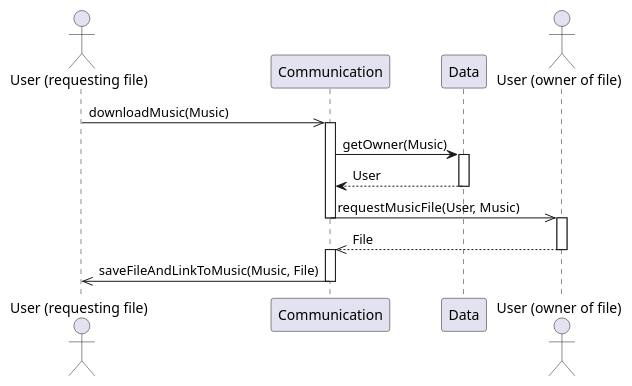
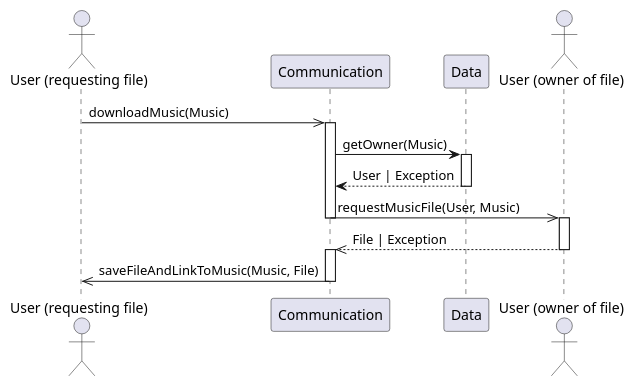
One commit to UTCAI12/Diagrams changed the diagram in sequence/2.2.download_music_server.puml. Above: the diagram before and after it, drawn with PlantUML. The commit also changed 4 other files, not shown here.

```diff
--- a/sequence/2.2.download_music_server.puml
+++ b/sequence/2.2.download_music_server.puml
@@ -1,27 +1,27 @@
 @startuml Download Music (server side)
 actor "User (requesting file)" as User1
 participant Communication
 participant Data
 actor "User (owner of file)" as User2
 
 User1 ->> Communication : downloadMusic(Music)
 activate Communication
 
 Communication -> Data : getOwner(Music)
 activate Data
 
-Data --> Communication : User
+Data --> Communication : User | Exception
 deactivate Data
 
 Communication ->> User2 : requestMusicFile(User, Music)
 deactivate Communication
 activate User2
 
-User2 -->> Communication : File
+User2 -->> Communication : File | Exception
 deactivate User2
 activate Communication
 
 Communication ->> User1 : saveFileAndLinkToMusic(Music, File)
 deactivate Communication
 
 @enduml
```
